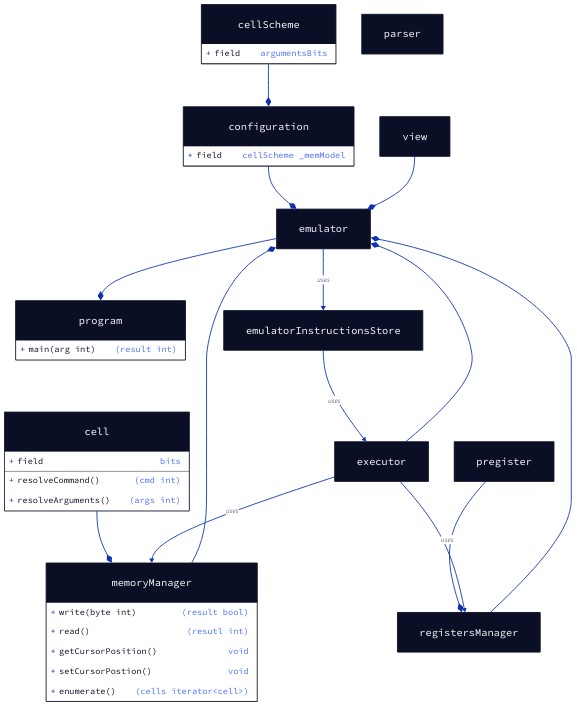
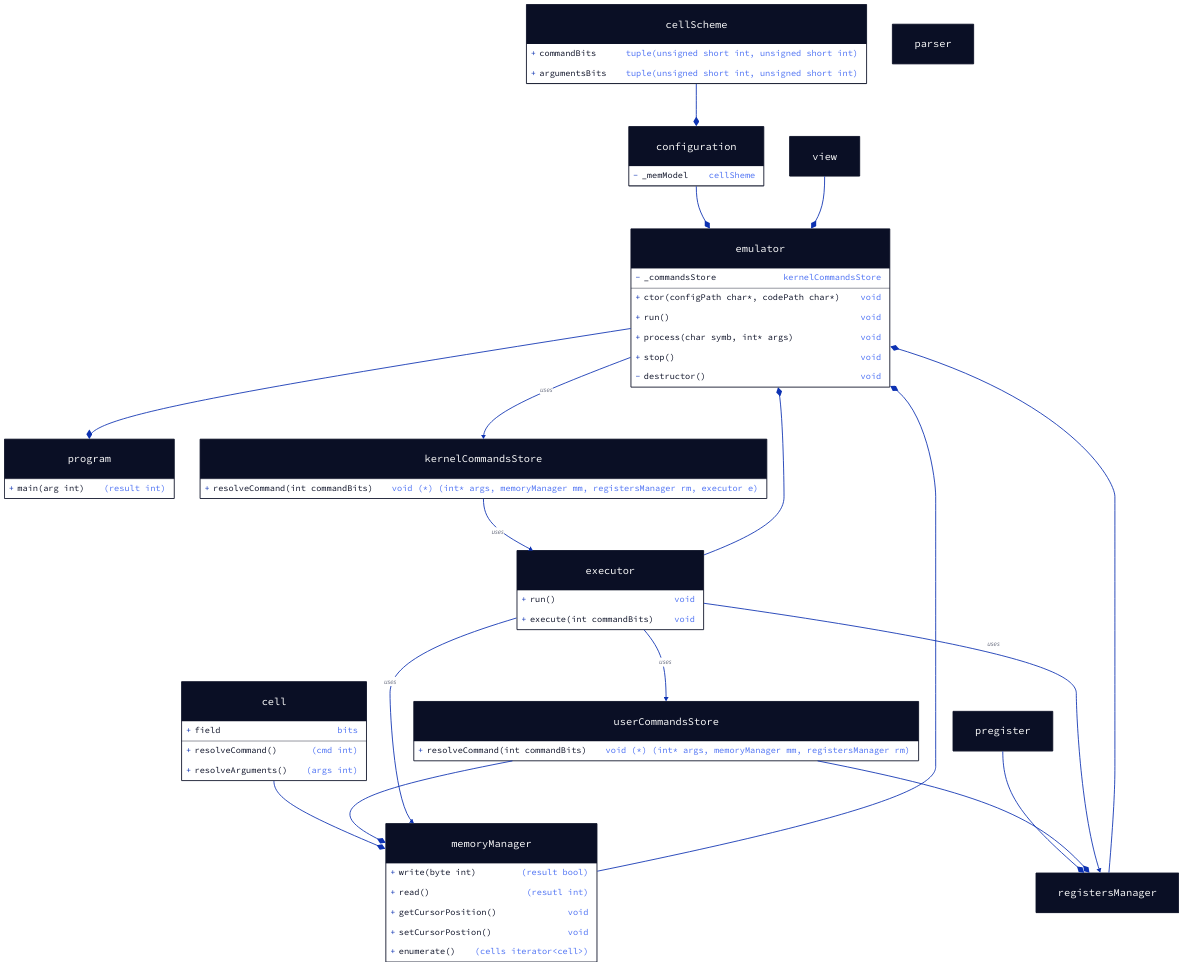
The diagram in architecture/classes.d2 (mrrrTom/dv_em), drawn with D2 before and after one commit. The commit also changed 6 other files, not shown here.

Commit message:
commands storage remake and types resolving for app

```diff
--- a/architecture/classes.d2
+++ b/architecture/classes.d2
@@ -1,140 +1,173 @@
+# ToDo: resolve all types in all classes
+
 program: {
-	shape: class
-	main(arg int): (result int)
+  shape: class
+  main(arg int): (result int)
 }
 
 emulator: {
-	shape: class
+  shape: class
+
+  -_commandsStore: kernelCommandsStore
+
+  +ctor(configPath char\*, codePath char\*)
+  +run()
+  +process(char symb, int\* args)
+  +stop()
+  -destructor()
 }
 
 emulator -> program: {
-	target-arrowhead: {
-		shape: diamond
-		style.filled: true
-	}
+  target-arrowhead: {
+    shape: diamond
+    style.filled: true
+  }
 }
 
 configuration: {
-	shape: class
-	
-	field: cellScheme _memModel
+  shape: class
+
+  -_memModel: cellSheme
 }
 
 cellScheme: {
-	shape: class
+  shape: class
 
-	field: commandBits # [start, end]
-	field: argumentsBits # [start, end]
+  +commandBits: tuple(unsigned short int, unsigned short int)
+  +argumentsBits: tuple(unsigned short int, unsigned short int)
 }
 
 cellScheme -> configuration: {
-	target-arrowhead: {
-		shape: diamond
-		style.filled: true
-	}
+  target-arrowhead: {
+    shape: diamond
+    style.filled: true
+  }
 }
 
 configuration -> emulator: {
-	target-arrowhead: {
-		shape: diamond
-		style.filled: true
-	}
+  target-arrowhead: {
+    shape: diamond
+    style.filled: true
+  }
 }
 
-emulatorInstructionsStore: {
-	shape: class
+kernelCommandsStore: {
+  shape: class
+
+  resolveCommand(int commandBits): void (*) (int* args, memoryManager mm, registersManager rm, executor e)
 }
 
-emulator -> emulatorInstructionsStore: uses {
-}
+emulator -> kernelCommandsStore: uses
 
-emulatorInstructionsStore -> executor: uses {
-}
+kernelCommandsStore -> executor: uses
 
 view: {
-	shape: class
+  shape: class
 }
 
 view -> emulator: {
-	target-arrowhead: {
-		shape: diamond
-		style.filled: true
-	}
+  target-arrowhead: {
+    shape: diamond
+    style.filled: true
+  }
 }
 
 memoryManager: {
-	shape: class
-	write(byte int): (result bool)
-	read(): (resutl int)
-	getCursorPosition()
-	setCursorPostion()
-	enumerate(): (cells iterator<cell>)
+  shape: class
+  write(byte int): (result bool)
+  read(): (resutl int)
+  getCursorPosition()
+  setCursorPostion()
+  enumerate(): (cells iterator<cell>)
 }
 
 memoryManager -> emulator: {
-	target-arrowhead: {
-		shape: diamond
-		style.filled: true
-	}
+  target-arrowhead: {
+    shape: diamond
+    style.filled: true
+  }
 }
 
 cell: {
-	shape: class
-	field: _commandResolver
-	field: _argumentsResolver
+  shape: class
+  field: _commandResolver
+  field: _argumentsResolver
 
-	field: _adressSize
-	field: adress
-	field: cellSize #bits
-	field: bits # max number (need compile time check for configuration)
-	
-	resolveCommand(): (cmd int)
-	resolveArguments(): (args int)
+  field: _adressSize
+  field: adress
+  field: cellSize # bits
+  field: bits # max number (need compile time check for configuration)
+
+  resolveCommand(): (cmd int)
+  resolveArguments(): (args int)
 }
 
 cell -> memoryManager: {
-	target-arrowhead: {
-		shape: diamond
-		style.filled: true
-	}
+  target-arrowhead: {
+    shape: diamond
+    style.filled: true
+  }
 }
 
 registersManager: {
-	shape: class
+  shape: class
 }
 
 registersManager -> emulator: {
-	target-arrowhead: {
-		shape: diamond
-		style.filled: true
-	}
+  target-arrowhead: {
+    shape: diamond
+    style.filled: true
+  }
 }
 
 pregister: {
-	shape: class
+  shape: class
 }
 
 pregister -> registersManager: {
-	target-arrowhead: {
-		shape: diamond
-		style.filled: true
-	}
+  target-arrowhead: {
+    shape: diamond
+    style.filled: true
+  }
 }
 
 executor: {
-	shape: class
+  shape: class
+  run() # run through all memory & execute every cell command
+  execute(int commandBits)
 }
 
-executor -> emulator: {
-	target-arrowhead: {
-		shape: diamond
-		style.filled: true
-	}
+userCommandsStore: {
+  shape: class
+  resolveCommand(int commandBits): void (*) (int* args, memoryManager mm, registersManager rm)
 }
 
-executor -> memoryManager: uses 
+userCommandsStore -> memoryManager: {
+  target-arrowhead: {
+    shape: diamond
+    style.filled: true
+  }
+}
+
+userCommandsStore -> registersManager: {
+  target-arrowhead: {
+    shape: diamond
+    style.filled: true
+  }
+}
+
+executor -> userCommandsStore: uses
+
+executor -> emulator: {
+  target-arrowhead: {
+    shape: diamond
+    style.filled: true
+  }
+}
+
+executor -> memoryManager: uses
 executor -> registersManager: uses
 
 parser: {
-	shape: class
+  shape: class
 }
```
